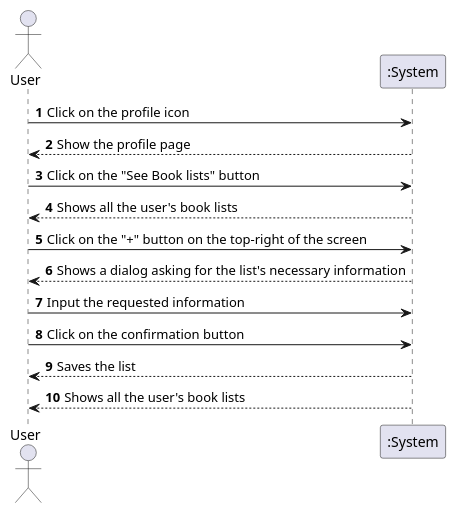
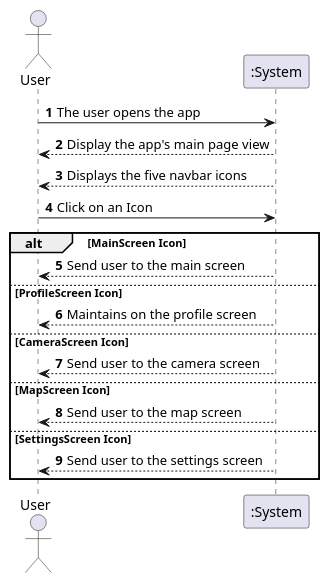
The diagram in UMLs/UC_SSD/uml/UCPS_UCSSD/UCPS5_UCSSD.puml (VitorHTeixeira/DSSMV_ProjectDroid_1232067_1241131_1241008), drawn with PlantUML before and after one commit. The commit also changed 32 other files, not shown here.

```diff
--- a/UMLs/UC_SSD/uml/UCPS_UCSSD/UCPS5_UCSSD.puml
+++ b/UMLs/UC_SSD/uml/UCPS_UCSSD/UCPS5_UCSSD.puml
@@ -1,22 +1,26 @@
 @startuml
 'https://plantuml.com/sequence-diagram
 
 autonumber
 
 actor "User" as user
 participant ":System" as sys
 
-user -> sys: Click on the profile icon
-user <-- sys: Show the profile page
+user -> sys: The user opens the app
+user <-- sys: Display the app's main page view
+user <-- sys: Displays the five navbar icons
+user -> sys: Click on an Icon
 
-user -> sys: Click on the "See Book lists" button
-user <-- sys: Shows all the user's book lists
+alt MainScreen Icon
+user <-- sys: Send user to the main screen
+else ProfileScreen Icon
+user <-- sys: Maintains on the profile screen
+else CameraScreen Icon
+user <-- sys: Send user to the camera screen
+else MapScreen Icon
+user <-- sys: Send user to the map screen
+else SettingsScreen Icon
+user <-- sys: Send user to the settings screen
+end
 
-user -> sys: Click on the "+" button on the top-right of the screen
-user <-- sys: Shows a dialog asking for the list's necessary information
-
-user -> sys: Input the requested information
-user -> sys: Click on the confirmation button
-user <-- sys: Saves the list
-user <-- sys: Shows all the user's book lists
 @enduml
```
